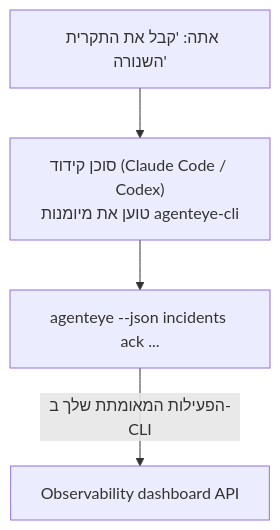
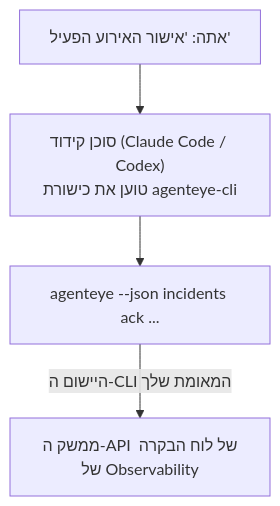
One commit to GongYuanCaiJi/failproofai changed the diagram in docs/he/agenteye/cli-skill.mdx. Above: the diagram before and after it, drawn with Mermaid. The commit also changed other lines of this file and 364 other files, not shown here.

````diff
--- a/docs/he/agenteye/cli-skill.mdx
+++ b/docs/he/agenteye/cli-skill.mdx
@@ -26,6 +29,6 @@
 ```mermaid
 flowchart TD
-    YOU["אתה: 'קבל את התקרית השנורה'"] --> AGENT["סוכן קידוד (Claude Code / Codex)<br/>טוען את מיומנות agenteye-cli"]
+    YOU["אתה: 'אישור האירוע הפעיל'"] --> AGENT["סוכן קידוד (Claude Code / Codex)<br/>טוען את כישורת agenteye-cli"]
     AGENT --> CLI["agenteye --json incidents ack ..."]
-    CLI -->|הפעילות המאומתת שלך ב-CLI| API["Observability dashboard API"]
+    CLI -->|היישום ה-CLI המאומת שלך| API["ממשק ה-API של לוח הבקרה של Observability"]
 ```
````
